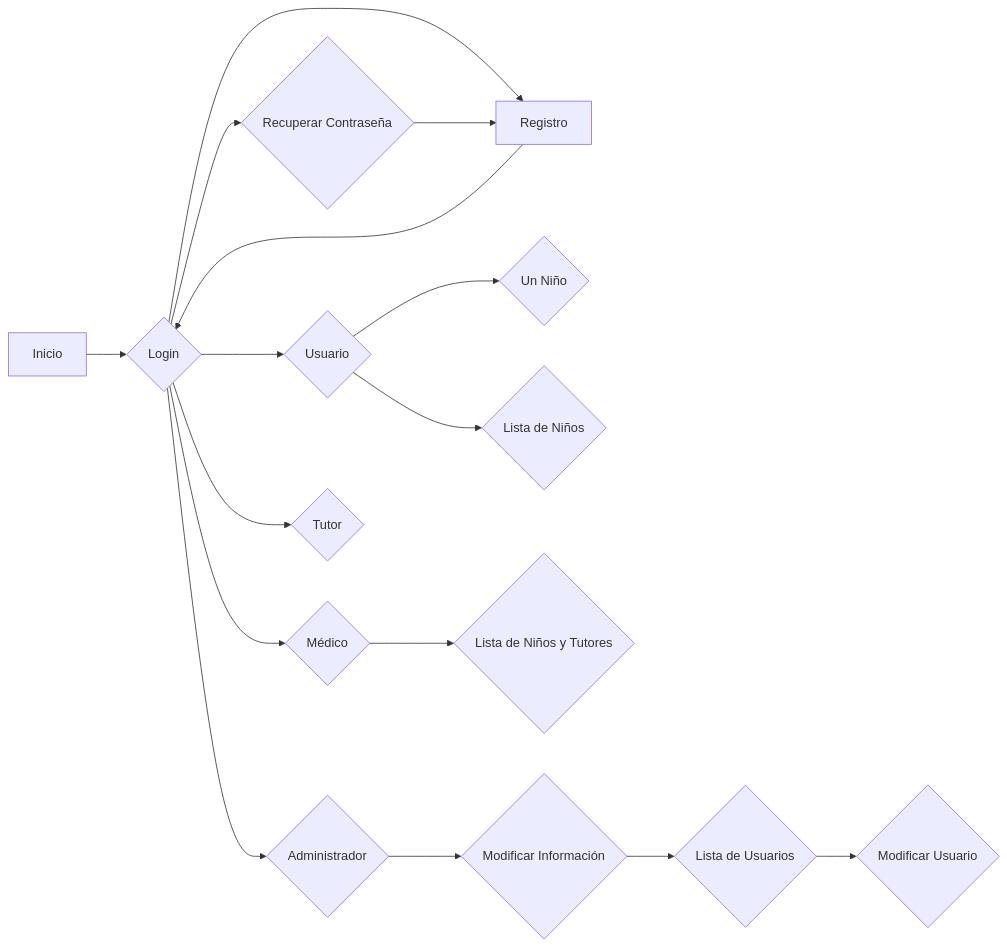
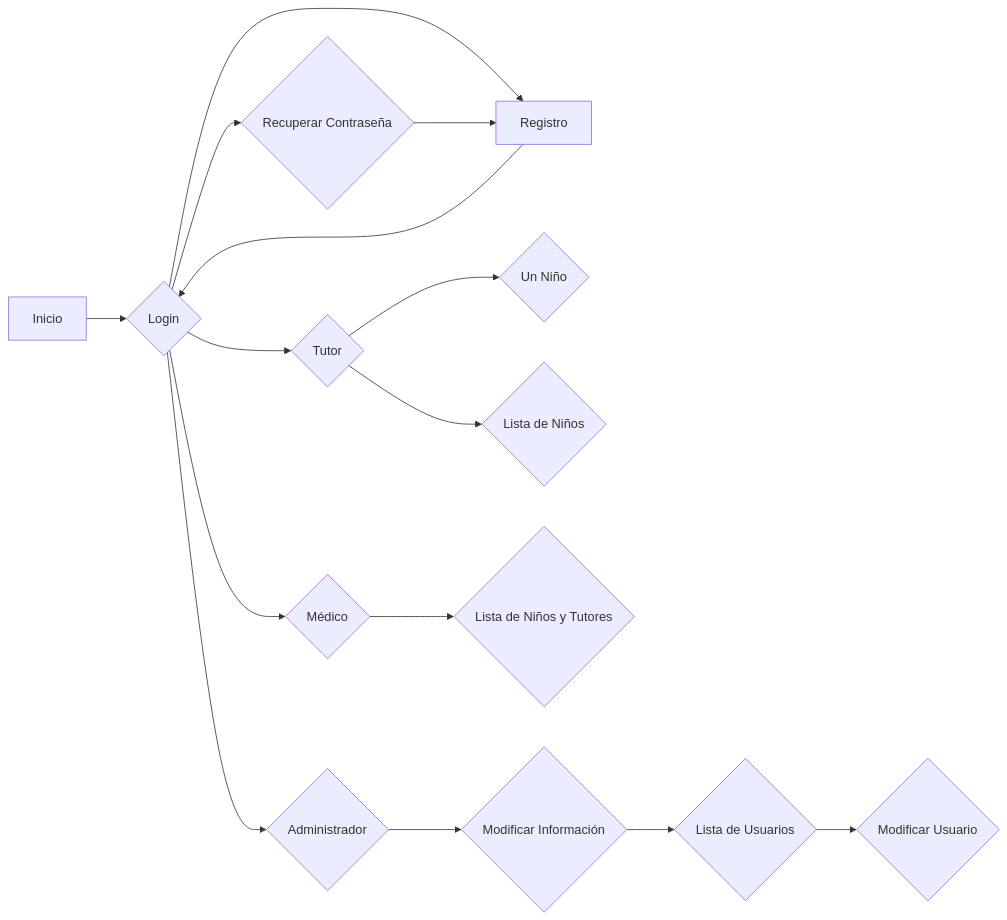
The diagram in Diagramavista.mermaid (mactiburon/tapatapp), drawn with Mermaid before and after one commit.

Commit message:
Diagramavista.mermaid

```diff
--- a/Diagramavista.mermaid
+++ b/Diagramavista.mermaid
@@ -1,16 +1,15 @@
 graph LR
     A[Inicio] --> B{Login}
     B --> C[Registro]
     B --> D{Recuperar Contraseña}
     C --> B
     D --> C
     B --> E{Administrador}
     B --> F{Médico}
-    B --> G{Usuario}
-    B --> H{Tutor}
+    B --> G{Tutor}
     G --> I{Un Niño}
     G --> J{Lista de Niños}
     F --> K{Lista de Niños y Tutores}
     E --> L{Modificar Información}
     L --> M{Lista de Usuarios}
     M --> N{Modificar Usuario}
```
